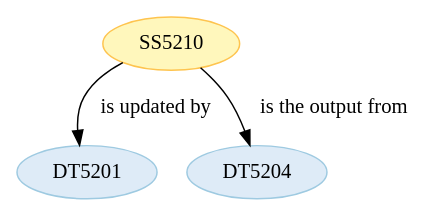
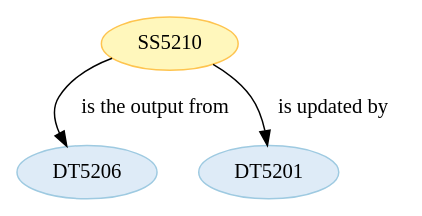
One commit to Marco-Salvi/cwl-test changed the diagram in wf5201/ST520110.dot. Above: the diagram before and after it, drawn with Graphviz. The commit also changed 24 other files, not shown here.

```diff
--- a/wf5201/ST520110.dot
+++ b/wf5201/ST520110.dot
@@ -1,14 +1,14 @@
 strict digraph {
 
 
-	"DT5201" [ color="2", colorscheme="blues3", fillcolor="1", style="filled",  weight=0 ];
-
-	"DT5204" [ color="2", colorscheme="blues3", fillcolor="1", style="filled",  weight=0 ];
+	"DT5206" [ color="2", colorscheme="blues3", fillcolor="1", style="filled",  weight=0 ];
 
 	"SS5210" [ color="2", colorscheme="ylorbr3", fillcolor="1", style="filled",  weight=0 ];
 
 	"SS5210" -> "DT5201" [ label="is updated by", labeltooltip="DT5201 - is updated by - SS5210",  weight=0 ];
 
-	"SS5210" -> "DT5204" [ label="is the output from", labeltooltip="DT5204 - is the output from - SS5210",  weight=0 ];
+	"SS5210" -> "DT5206" [ label="is the output from", labeltooltip="DT5206 - is the output from - SS5210",  weight=0 ];
+
+	"DT5201" [ color="2", colorscheme="blues3", fillcolor="1", style="filled",  weight=0 ];
 
 }
```
